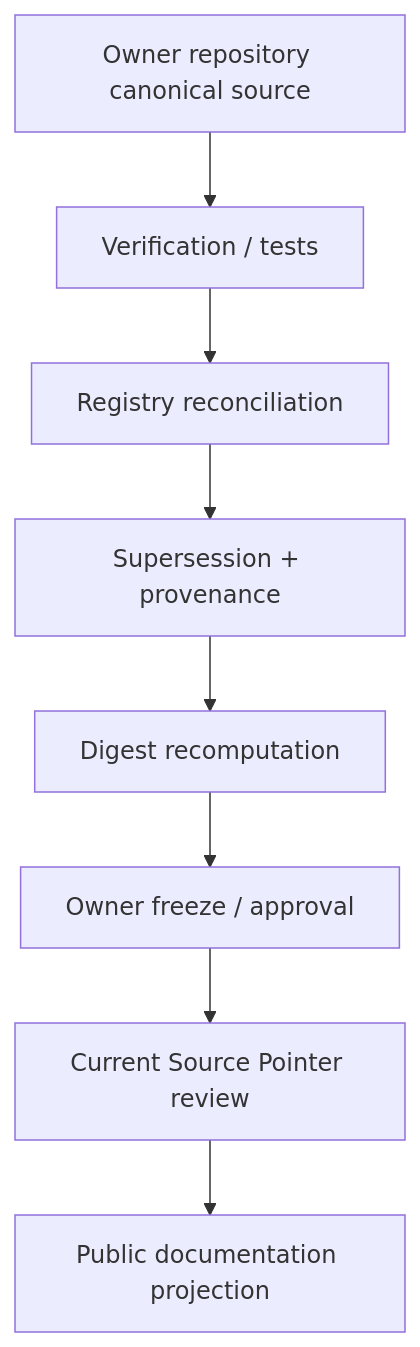
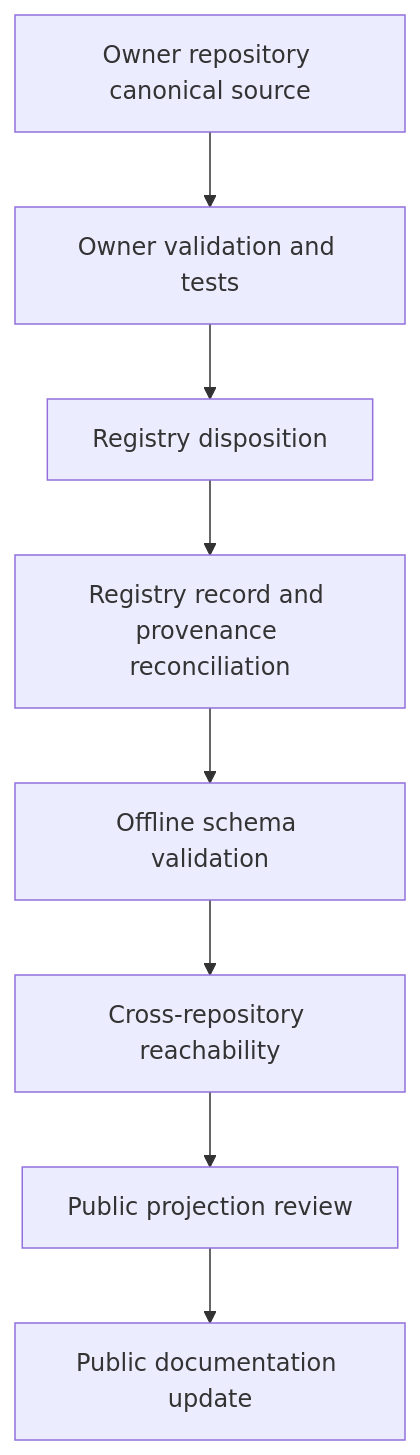
One commit to baum777/unitera_public_docs changed the diagram in docs/registry/source-to-publication.md. Above: the diagram before and after it, drawn with Mermaid. The commit also changed other lines of this file and 12 other files, not shown here.

Commit message:
docs: reconcile public architecture and current state

````diff
--- a/docs/registry/source-to-publication.md
+++ b/docs/registry/source-to-publication.md
@@ -7,10 +9,10 @@
 ```mermaid
 flowchart TD
-    O[Owner repository canonical source] --> V[Verification / tests]
-    V --> RR[Registry reconciliation]
-    RR --> SP[Supersession + provenance]
-    SP --> DG[Digest recomputation]
-    DG --> OF[Owner freeze / approval]
-    OF --> PR[Current Source Pointer review]
-    PR --> PUB[Public documentation projection]
+    O[Owner repository canonical source] --> V[Owner validation and tests]
+    V --> D[Registry disposition]
+    D --> R[Registry record and provenance reconciliation]
+    R --> C[Offline schema validation]
+    C --> X[Cross-repository reachability]
+    X --> P[Public projection review]
+    P --> U[Public documentation update]
 ```
````
